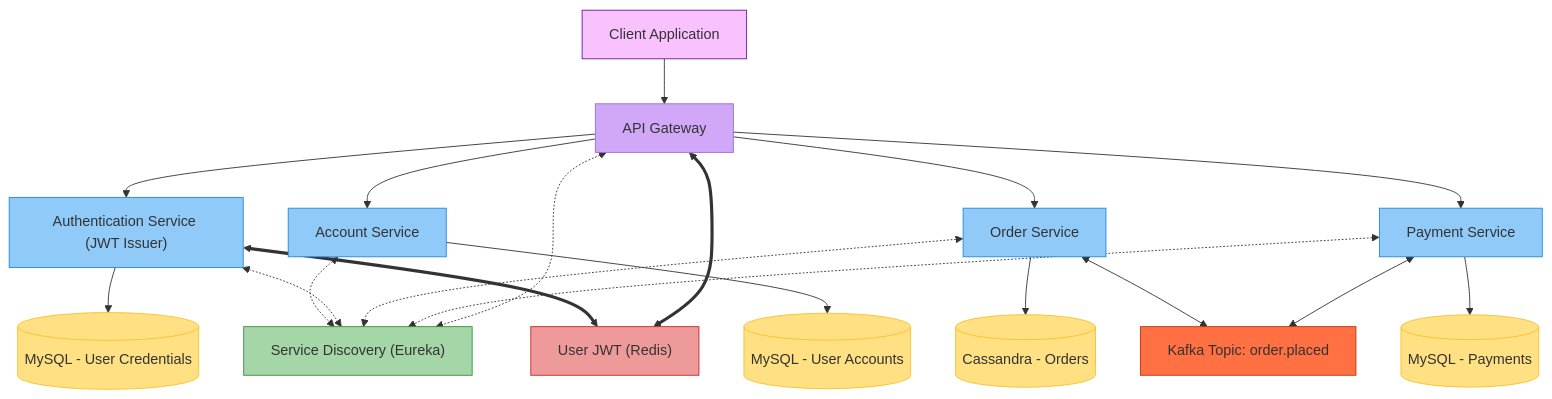
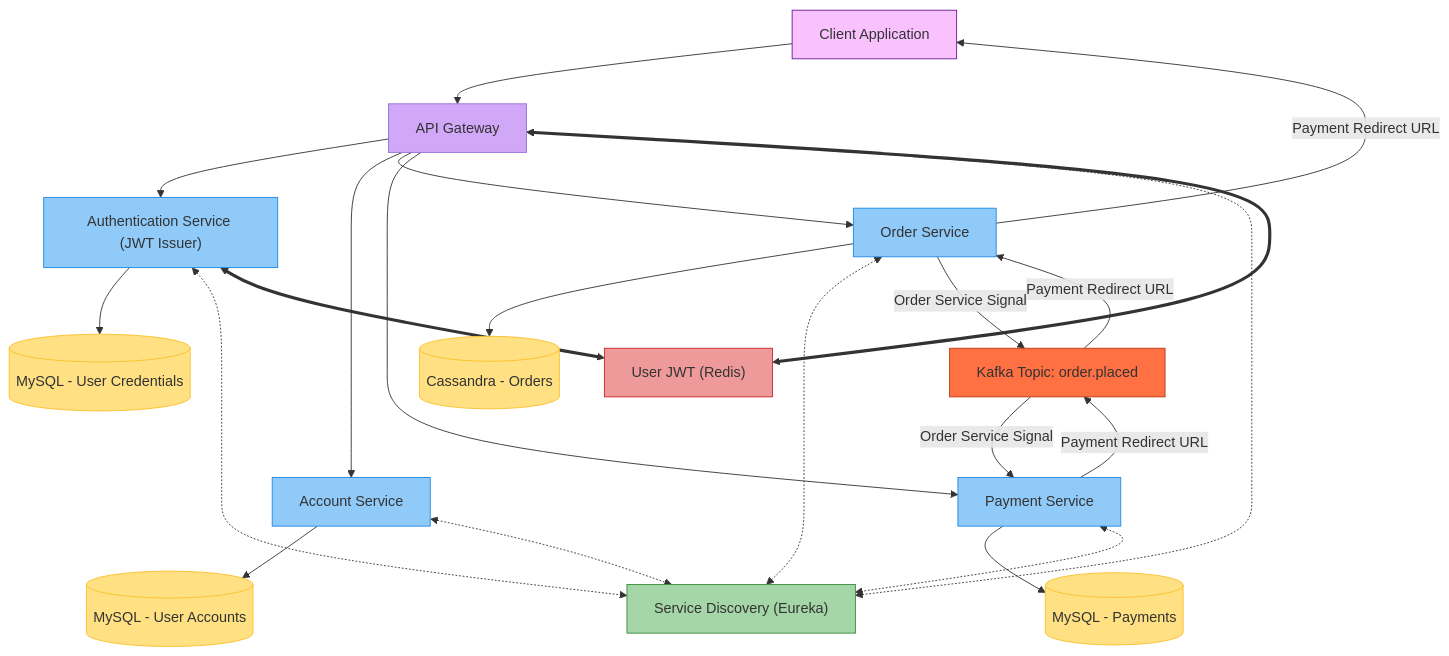
One commit to EricYoung37/sMall changed the diagram in README.md. Above: the diagram before and after it, drawn with Mermaid. The commit also changed other lines of this file and 27 other files, not shown here.

Commit message:
payment service code base to be tested

````diff
--- a/README.md
+++ b/README.md
@@ -6,44 +6,48 @@
 ```mermaid
 graph TD
     ClientApp[Client Application] --> APIGateway[API Gateway]
 
     APIGateway --> AuthService["Authentication Service (JWT Issuer)"]
     APIGateway --> AccountService[Account Service]
     APIGateway --> OrderService[Order Service]
     APIGateway --> PaymentService[Payment Service]
+    
+    OrderService -- Payment Redirect URL --> ClientApp
     
     AccountService --> MySQL_Accounts[(MySQL - User Accounts)]
     AuthService --> MySQL_Credentials[(MySQL - User Credentials)]
     OrderService --> CassandraOrders[(Cassandra - Orders)]
     PaymentService --> MySQL_Payments[(MySQL - Payments)]
     
     AccountService <.-> Eureka["Service Discovery (Eureka)"]
     AuthService <.-> Eureka
     OrderService <.-> Eureka
     PaymentService <.-> Eureka
     APIGateway <.-> Eureka
 
     AuthService <==> Redis["User JWT (Redis)"]
     APIGateway <==> Redis
     
-    OrderService <--> Kafka[Kafka Topic: order.placed]
-    PaymentService <--> Kafka
+    OrderService --Order Service Signal--> Kafka[Kafka Topic: order.placed]
+    Kafka -- Order Service Signal --> PaymentService
+    PaymentService -- Payment Redirect URL --> Kafka
+    Kafka -- Payment Redirect URL --> OrderService
     
     %% Define styles for different categories
     classDef clientApp fill:#f9c2ff,stroke:#6a1b9a;
     classDef apiGateway fill:#d1a7f7;
     classDef services fill:#90caf9,stroke:#1e88e5;
     classDef serviceDiscovery fill:#a5d6a7,stroke:#388e3c;
     classDef kafka fill:#ff7043,stroke:#bf360c;
     classDef redis fill:#ef9a9a,stroke:#c62828;
     classDef databases fill:#ffe082,stroke:#fbc02d;
     
     %% Apply styles
     class ClientApp clientApp;
     class APIGateway apiGateway;
     class AuthService,AccountService,OrderService,PaymentService services;
     class Eureka serviceDiscovery;
     class Kafka kafka;
     class Redis redis;
     class MySQL_Accounts,MySQL_Credentials,CassandraOrders,MySQL_Payments databases;
 ```
````
